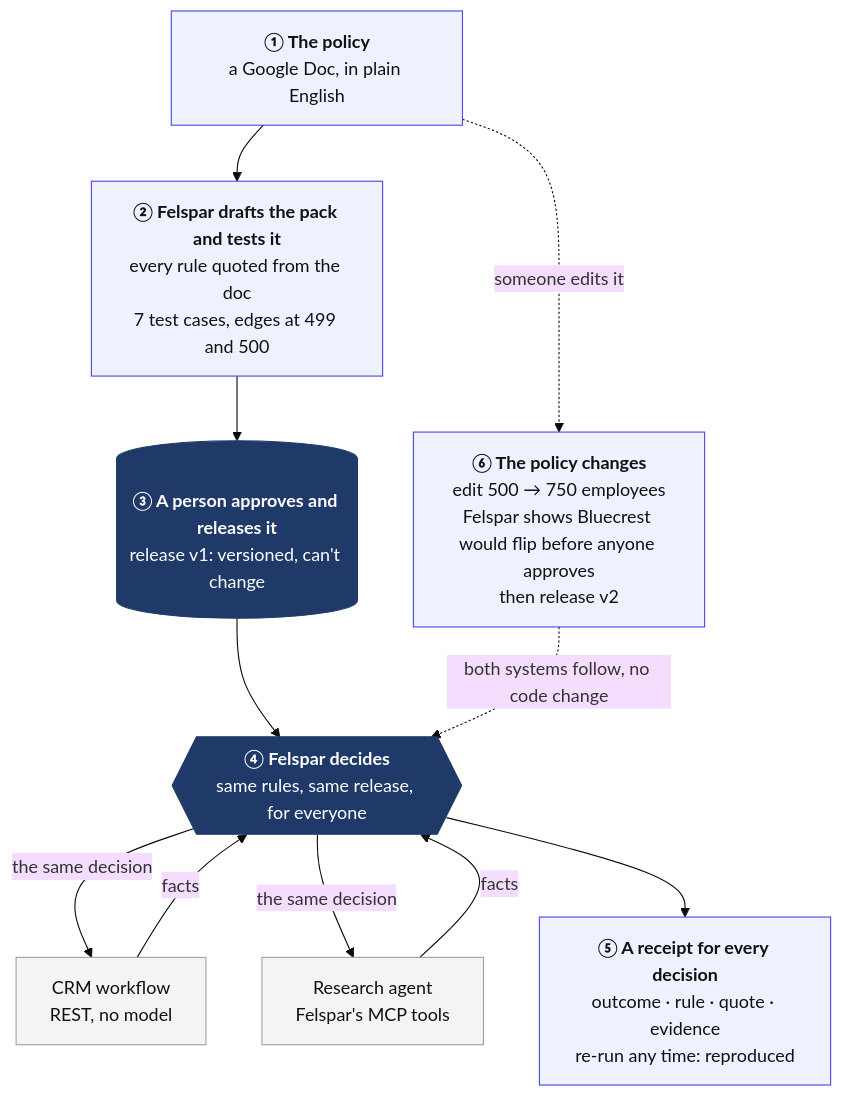
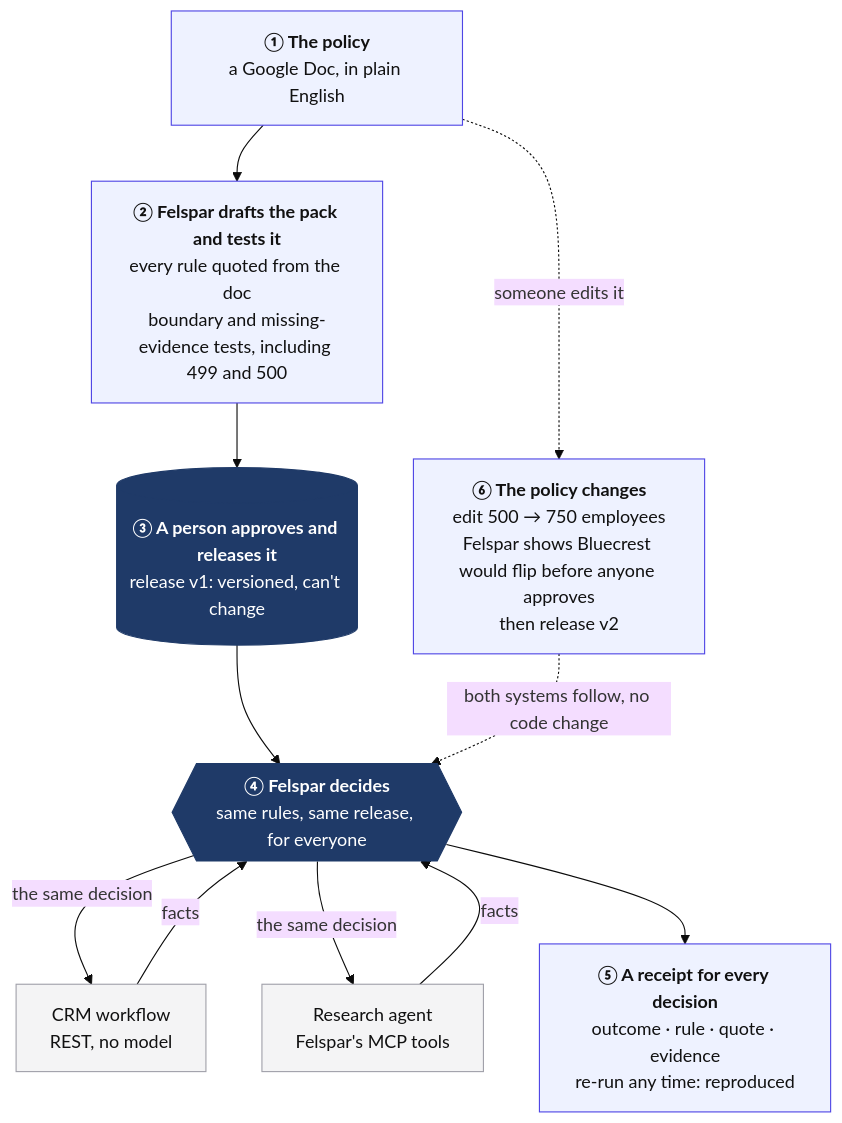
The first of 5 diagrams in crm-and-agent/README.md (orchidautomation/felspar-examples), drawn with Mermaid (base theme) before and after one commit. The commit also changed other lines of this file and 2 other files, not shown here.

Commit message:
Show compact Kestrel diagrams with original details (FSP-459) (#9)

````diff
--- a/crm-and-agent/README.md
+++ b/crm-and-agent/README.md
@@ -30,25 +30,25 @@
 ```mermaid
 flowchart TD
   doc["<b>① The policy</b><br/>a Google Doc, in plain English"]
-  pack["<b>② Felspar drafts the pack and tests it</b><br/>every rule quoted from the doc<br/>7 test cases, edges at 499 and 500"]
+  pack["<b>② Felspar drafts the pack and tests it</b><br/>every rule quoted from the doc<br/>boundary and missing-evidence tests, including 499 and 500"]
   rel[("<b>③ A person approves and releases it</b><br/>release v1: versioned, can't change")]
   crm["CRM workflow<br/>REST, no model"]
   agent["Research agent<br/>Felspar's MCP tools"]
   dec{{"<b>④ Felspar decides</b><br/>same rules, same release, for everyone"}}
   rec["<b>⑤ A receipt for every decision</b><br/>outcome · rule · quote · evidence<br/>re-run any time: reproduced"]
   chg["<b>⑥ The policy changes</b><br/>edit 500 → 750 employees<br/>Felspar shows Bluecrest would flip before anyone approves<br/>then release v2"]
   doc --> pack --> rel --> dec
   crm -- "facts" --> dec
   agent -- "facts" --> dec
   dec -- "the same decision" --> crm
   dec -- "the same decision" --> agent
   dec --> rec
   doc -. "someone edits it" .-> chg
   chg -. "both systems follow, no code change" .-> dec
   classDef step fill:#eef2ff,stroke:#4f46e5,color:#111
   classDef core fill:#1f3a68,stroke:#1f3a68,color:#fff
   classDef sys fill:#f4f4f5,stroke:#a1a1aa,color:#111
   class doc,pack,rec,chg step
   class rel,dec core
   class crm,agent sys
 ```
````
